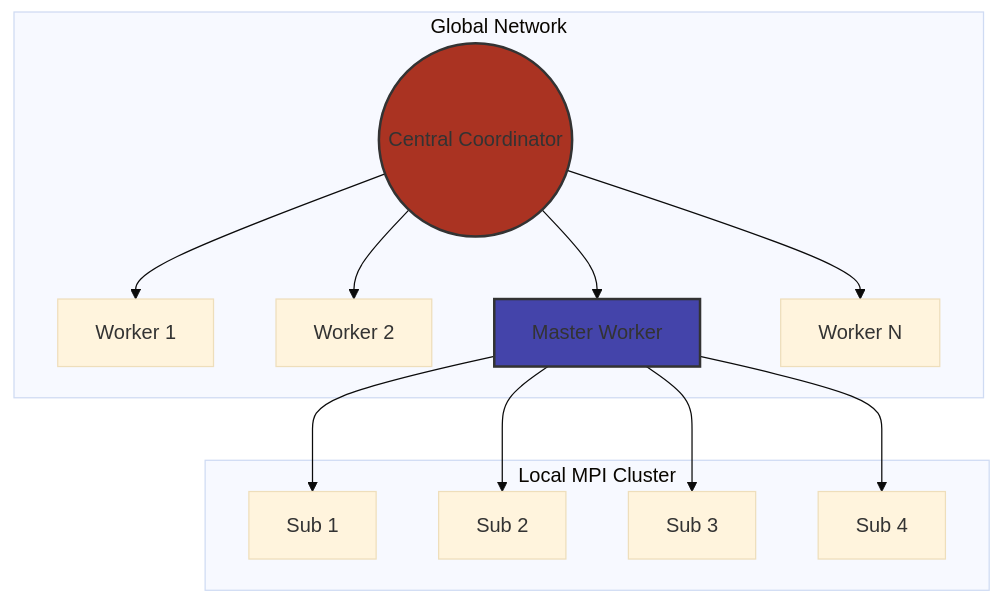
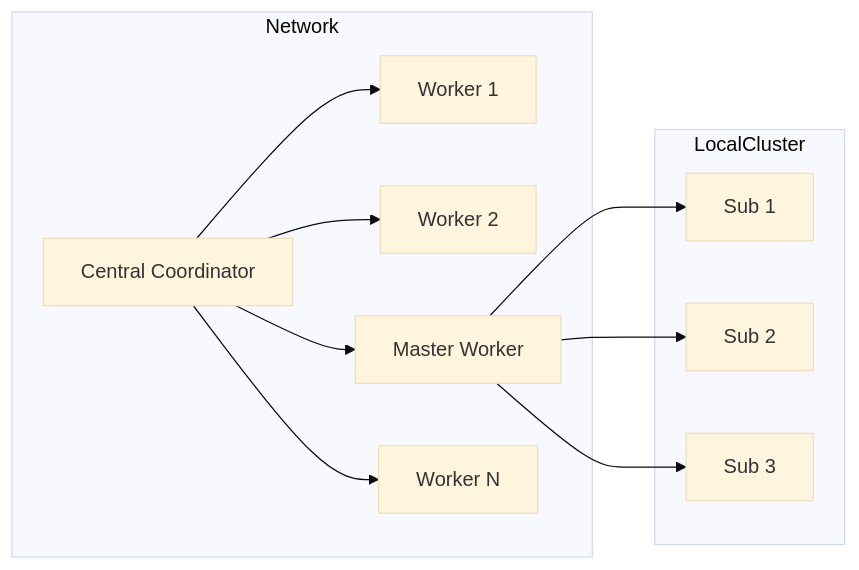
The diagram in README.md (PolskaKrowa/Distributed-computing-project), drawn with Mermaid (base theme) before and after one commit. The commit also changed other lines of this file, not shown here.

````diff
--- a/README.md
+++ b/README.md
@@ -11,22 +70,15 @@
 ```mermaid
-graph TD
-    Coord((Central Coordinator))
-    
-    subgraph "Global Network"
-    Coord --> W1[Worker 1]
-    Coord --> W2[Worker 2]
-    Coord --> MW[Master Worker]
-    Coord --> WN[Worker N]
+flowchart LR
+    Coord[Central Coordinator]
+    subgraph Network
+      Coord --> W1[Worker 1]
+      Coord --> W2[Worker 2]
+      Coord --> MW[Master Worker]
+      Coord --> WN[Worker N]
     end
-
-    subgraph "Local MPI Cluster"
-    MW --> S1[Sub 1]
-    MW --> S2[Sub 2]
-    MW --> S3[Sub 3]
-    MW --> S4[Sub 4]
+    subgraph LocalCluster
+      MW --> S1[Sub 1]
+      MW --> S2[Sub 2]
+      MW --> S3[Sub 3]
     end
-
-    style Coord fill:#a32,stroke:#333,stroke-width:2px
-    style MW fill:#44a,stroke:#333,stroke-width:2px
-
 ```
````
